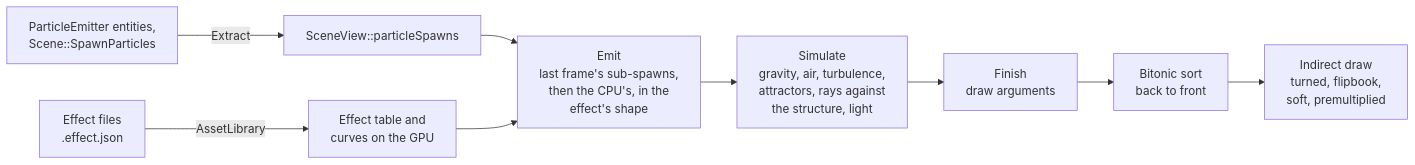
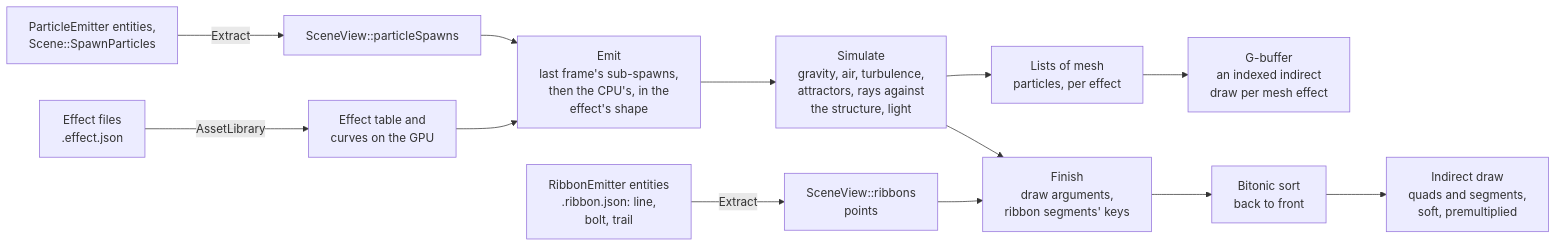
One commit to SBXdev3D/daidalos-engine-next changed diagram 13 of 13 in docs/ARCHITECTURE.md. Above: the diagram before and after it, drawn with Mermaid. The commit also changed other lines of this file and 50 other files, not shown here.

First line of the commit message:
Phase 9.22: ribbons and mesh particles (#48)

````diff
--- a/docs/ARCHITECTURE.md
+++ b/docs/ARCHITECTURE.md
@@ -293,11 +293,15 @@
 ```mermaid
 flowchart LR
     F["Effect files<br/>.effect.json"] -->|"AssetLibrary"| R["Effect table and<br/>curves on the GPU"]
     E["ParticleEmitter entities,<br/>Scene::SpawnParticles"] -->|"Extract"| V["SceneView::particleSpawns"]
+    RE["RibbonEmitter entities<br/>.ribbon.json: line,<br/>bolt, trail"] -->|"Extract"| RV["SceneView::ribbons<br/>points"]
     V --> EM["Emit<br/>last frame's sub-spawns,<br/>then the CPU's, in the<br/>effect's shape"]
     R --> EM
     EM --> SI["Simulate<br/>gravity, air, turbulence,<br/>attractors, rays against<br/>the structure, light"]
-    SI --> FI["Finish<br/>draw arguments"]
+    SI --> ML["Lists of mesh<br/>particles, per effect"]
+    ML --> GB["G-buffer<br/>an indexed indirect<br/>draw per mesh effect"]
+    SI --> FI["Finish<br/>draw arguments,<br/>ribbon segments' keys"]
+    RV --> FI
     FI --> SO["Bitonic sort<br/>back to front"]
-    SO --> D["Indirect draw<br/>turned, flipbook,<br/>soft, premultiplied"]
+    SO --> D["Indirect draw<br/>quads and segments,<br/>soft, premultiplied"]
 ```
````
